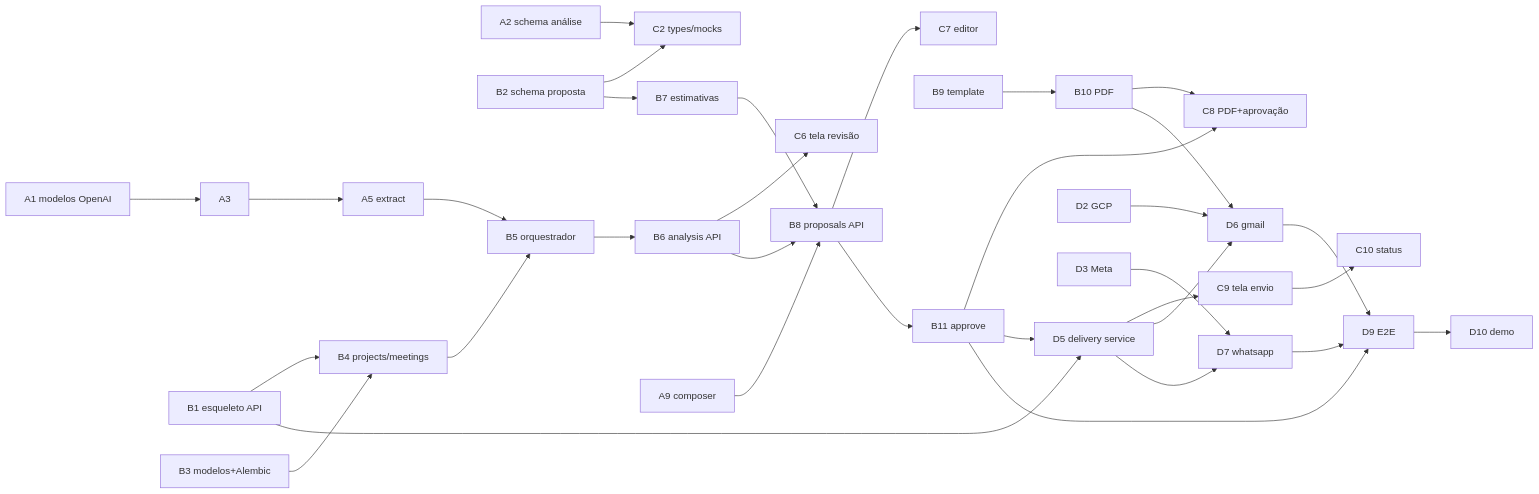
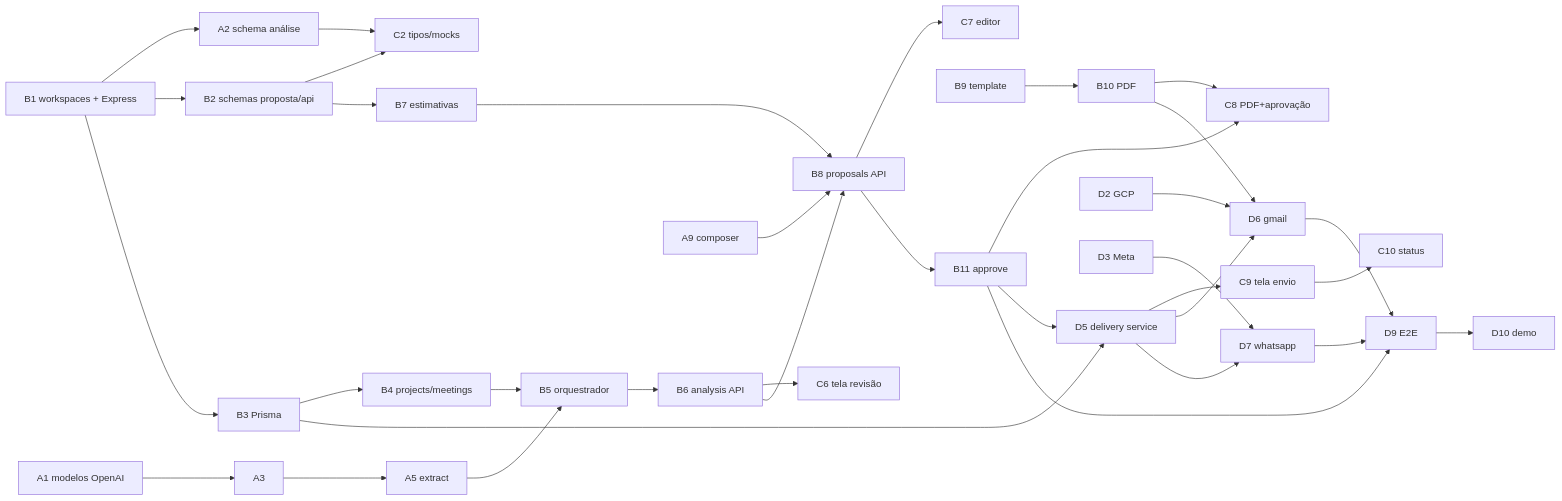
Before and after one commit to patrickmqs/hackathon2026: the diagram in docs/TEAM_TASKS.md, drawn with Mermaid. The commit also changed other lines of this file and 13 other files, not shown here.

First line of the commit message:
docs: migrar stack do backend para Node/TypeScript e adicionar roadmap por pessoa

````diff
--- a/docs/TEAM_TASKS.md
+++ b/docs/TEAM_TASKS.md
@@ -101,25 +103,26 @@
 ```mermaid
 flowchart LR
-    A2[A2 schema análise] --> C2[C2 types/mocks]
-    B2[B2 schema proposta] --> C2
+    B1[B1 workspaces + Express] --> A2[A2 schema análise]
+    B1 --> B2[B2 schemas proposta/api]
+    A2 --> C2[C2 tipos/mocks]
+    B2 --> C2
     A1[A1 modelos OpenAI] --> A3 --> A5[A5 extract]
-    B1[B1 esqueleto API] --> B4[B4 projects/meetings]
-    B3[B3 modelos+Alembic] --> B4
+    B1 --> B3[B3 Prisma] --> B4[B4 projects/meetings]
     B4 --> B5[B5 orquestrador]
     A5 --> B5
     B5 --> B6[B6 analysis API] --> C6[C6 tela revisão]
     B2 --> B7[B7 estimativas]
     B6 --> B8[B8 proposals API]
     B7 --> B8
     A9[A9 composer] --> B8
     B8 --> C7[C7 editor]
     B9[B9 template] --> B10[B10 PDF] --> C8[C8 PDF+aprovação]
     B8 --> B11[B11 approve] --> C8
-    B1 --> D5[D5 delivery service] --> C9[C9 tela envio] --> C10[C10 status]
+    B3 --> D5[D5 delivery service] --> C9[C9 tela envio] --> C10[C10 status]
     B11 --> D5
     D2[D2 GCP] --> D6[D6 gmail]
     B10 --> D6
     D3[D3 Meta] --> D7[D7 whatsapp]
     D5 --> D6 & D7
     D6 & D7 & B11 --> D9[D9 E2E] --> D10[D10 demo]
 ```
````
